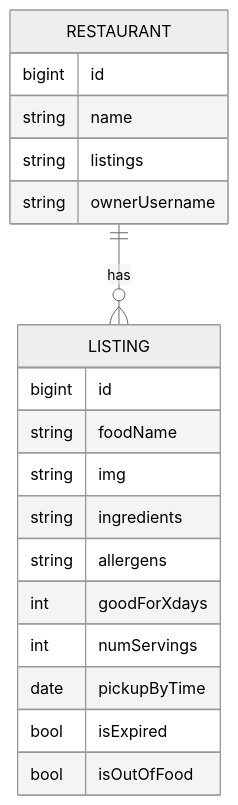
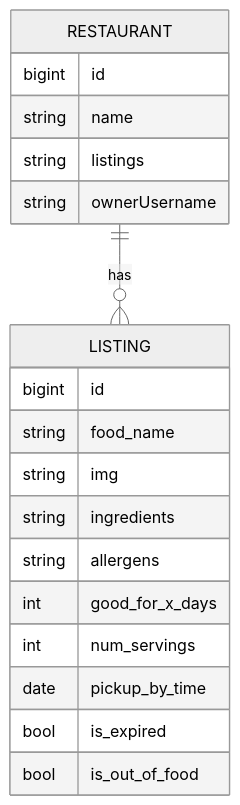
Before and after one commit to cindywongdev/capstone-backend: the diagram in README.md, drawn with Mermaid (neutral theme).

````diff
--- a/README.md
+++ b/README.md
@@ -13,22 +13,22 @@
 ```mermaid
 erDiagram
     RESTAURANT ||--o{ LISTING: has
     RESTAURANT {
         bigint id
         string name
         string listings
         string ownerUsername
     }
     LISTING {
         bigint  id
-        string  foodName
+        string  food_name
         string  img
         string  ingredients
         string  allergens
-        int     goodForXdays
-        int     numServings
-        date    pickupByTime
-        bool    isExpired
-        bool    isOutOfFood
+        int     good_for_x_days
+        int     num_servings
+        date    pickup_by_time
+        bool    is_expired
+        bool    is_out_of_food
     }
 ```
````
